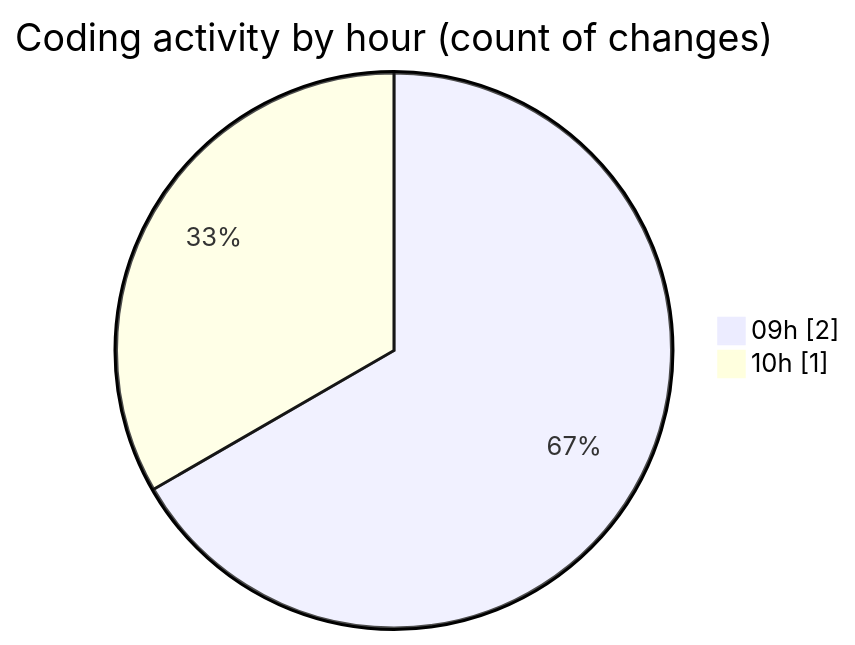
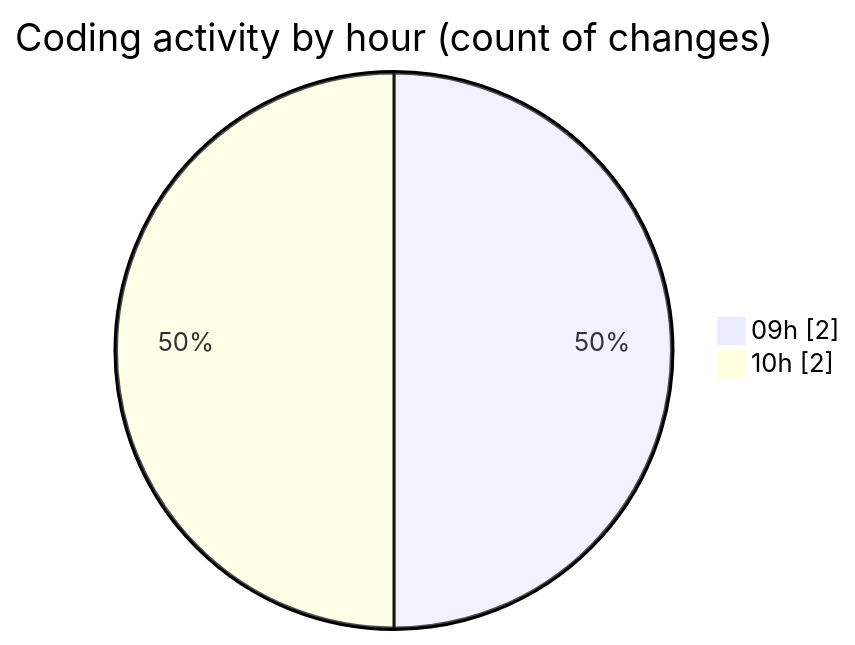
Before and after one commit to yexinjia/code-tracking: the second of 2 diagrams in 2026-07-19/repo-copilot/README.md, drawn with Mermaid. The commit also changed other lines of this file and 1 other file, not shown here.

````diff
--- a/2026-07-19/repo-copilot/README.md
+++ b/2026-07-19/repo-copilot/README.md
@@ -28,6 +28,6 @@
 ```mermaid
 pie showData
 title Coding activity by hour (count of changes)
 "09h" : 2
-"10h" : 1
+"10h" : 2
 ```
````
